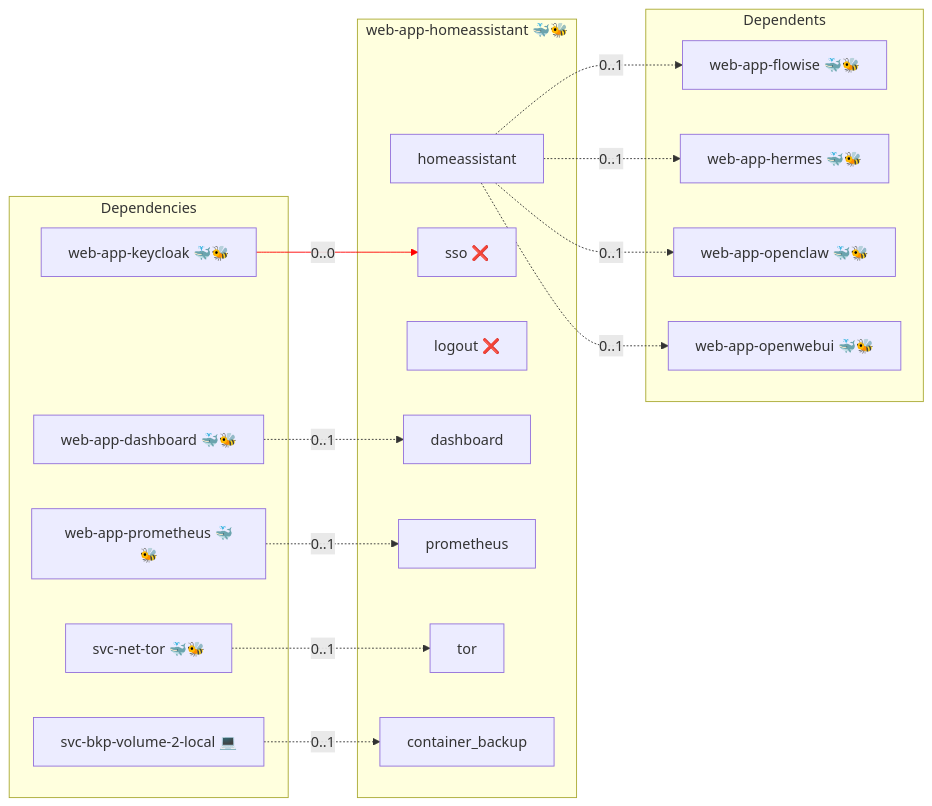
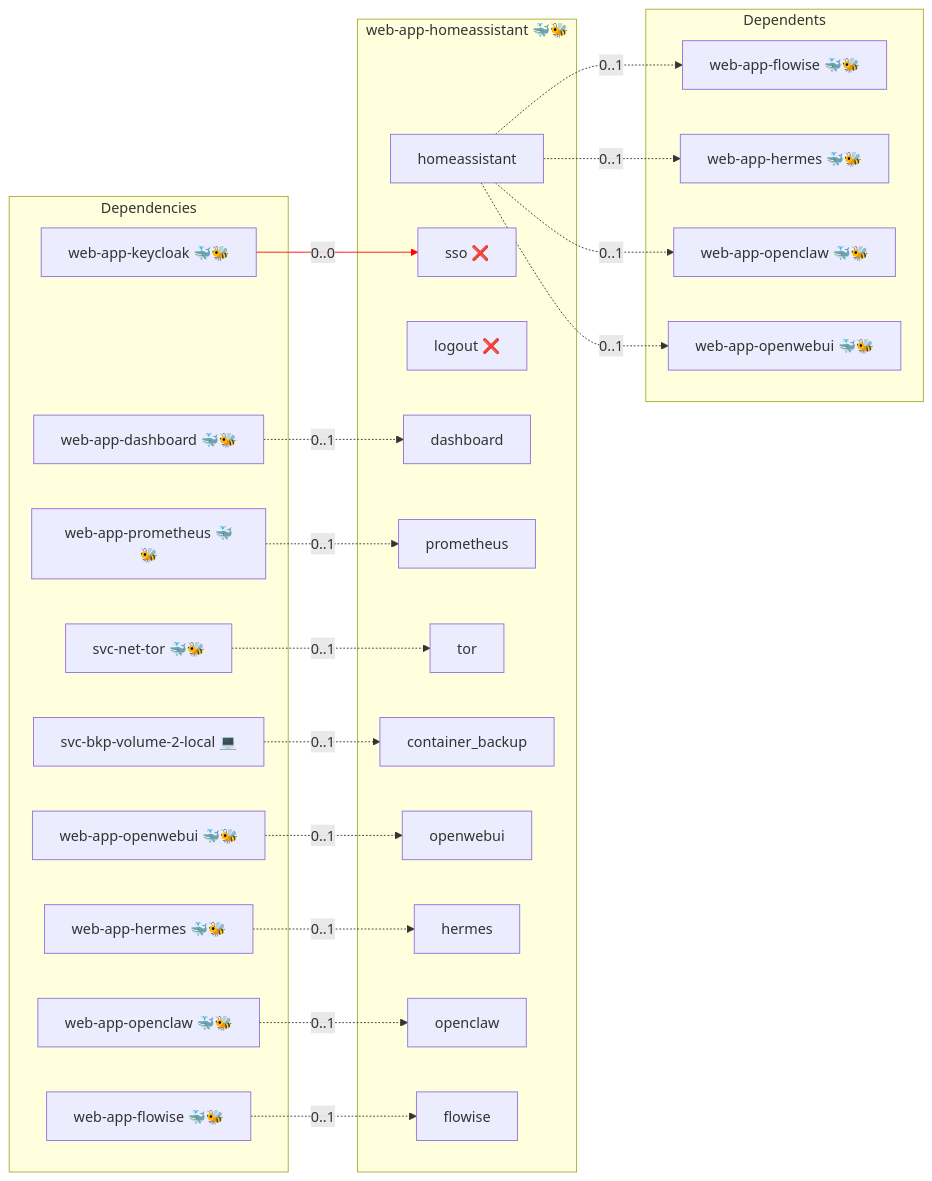
Before and after one commit to infinito-nexus/core: the diagram in roles/web-app-homeassistant/README.md, drawn with Mermaid. The commit also changed 101 other files, not shown here.

````diff
--- a/roles/web-app-homeassistant/README.md
+++ b/roles/web-app-homeassistant/README.md
@@ -15,35 +15,47 @@
 ```mermaid
 flowchart LR
     subgraph deps [Dependencies]
         dep_svc_bkp_volume_2_local["svc-bkp-volume-2-local 💻"]
         dep_svc_net_tor["svc-net-tor 🐳🐝"]
         dep_web_app_dashboard["web-app-dashboard 🐳🐝"]
+        dep_web_app_flowise["web-app-flowise 🐳🐝"]
+        dep_web_app_hermes["web-app-hermes 🐳🐝"]
         dep_web_app_keycloak["web-app-keycloak 🐳🐝"]
+        dep_web_app_openclaw["web-app-openclaw 🐳🐝"]
+        dep_web_app_openwebui["web-app-openwebui 🐳🐝"]
         dep_web_app_prometheus["web-app-prometheus 🐳🐝"]
     end
     subgraph role [web-app-homeassistant 🐳🐝]
         svc_homeassistant["homeassistant"]
         svc_sso["sso ❌"]
         svc_logout["logout ❌"]
         svc_dashboard["dashboard"]
         svc_prometheus["prometheus"]
         svc_tor["tor"]
         svc_container_backup["container_backup"]
+        svc_openwebui["openwebui"]
+        svc_hermes["hermes"]
+        svc_openclaw["openclaw"]
+        svc_flowise["flowise"]
     end
     subgraph dependents [Dependents]
         dpt_web_app_flowise["web-app-flowise 🐳🐝"]
         dpt_web_app_hermes["web-app-hermes 🐳🐝"]
         dpt_web_app_openclaw["web-app-openclaw 🐳🐝"]
         dpt_web_app_openwebui["web-app-openwebui 🐳🐝"]
     end
     dep_svc_bkp_volume_2_local -. "0..1" .-> svc_container_backup
     dep_svc_net_tor -. "0..1" .-> svc_tor
     dep_web_app_dashboard -. "0..1" .-> svc_dashboard
+    dep_web_app_flowise -. "0..1" .-> svc_flowise
+    dep_web_app_hermes -. "0..1" .-> svc_hermes
     dep_web_app_keycloak -- "0..0" --> svc_sso
+    dep_web_app_openclaw -. "0..1" .-> svc_openclaw
+    dep_web_app_openwebui -. "0..1" .-> svc_openwebui
     dep_web_app_prometheus -. "0..1" .-> svc_prometheus
     svc_homeassistant -. "0..1" .-> dpt_web_app_flowise
     svc_homeassistant -. "0..1" .-> dpt_web_app_hermes
     svc_homeassistant -. "0..1" .-> dpt_web_app_openclaw
     svc_homeassistant -. "0..1" .-> dpt_web_app_openwebui
-    linkStyle 3 stroke:red;
+    linkStyle 5 stroke:red;
 ```
````
